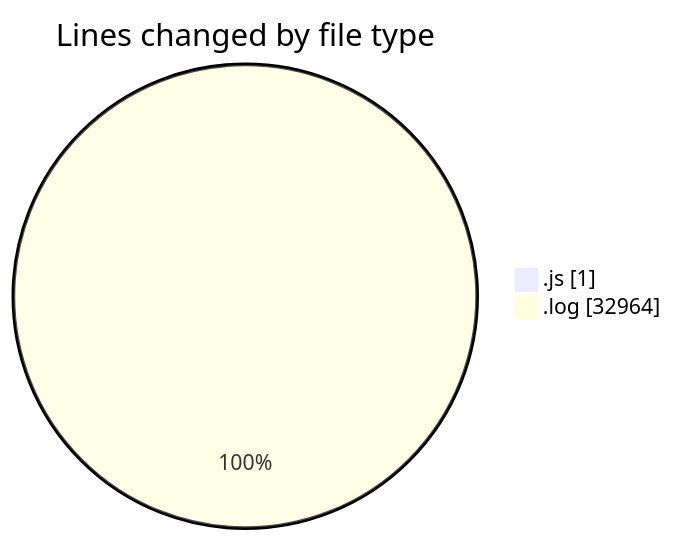
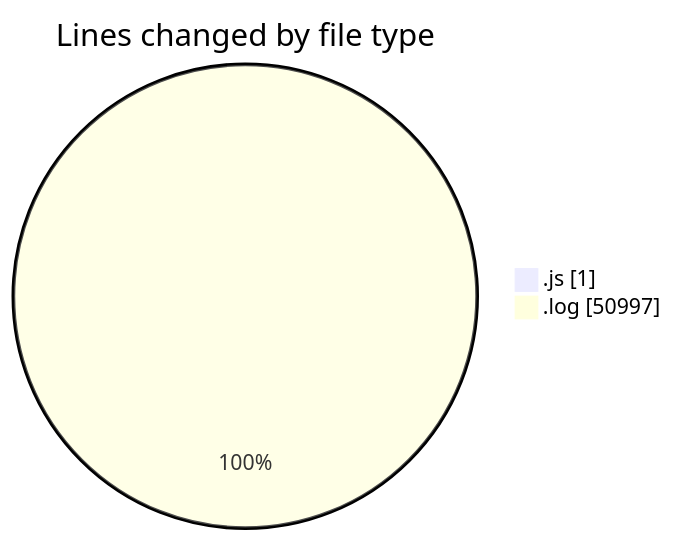
The first of 2 diagrams in 2025-05-28/nxtqube_webapp/README.md (nxtqubesakshisongat/code-tracking), drawn with Mermaid before and after one commit. The commit also changed other lines of this file and 1 other file, not shown here.

````diff
--- a/2025-05-28/nxtqube_webapp/README.md
+++ b/2025-05-28/nxtqube_webapp/README.md
@@ -21,6 +22,6 @@
 ```mermaid
 pie showData
 title Lines changed by file type
 ".js" : 1
-".log" : 32964
+".log" : 50997
 ```
````
